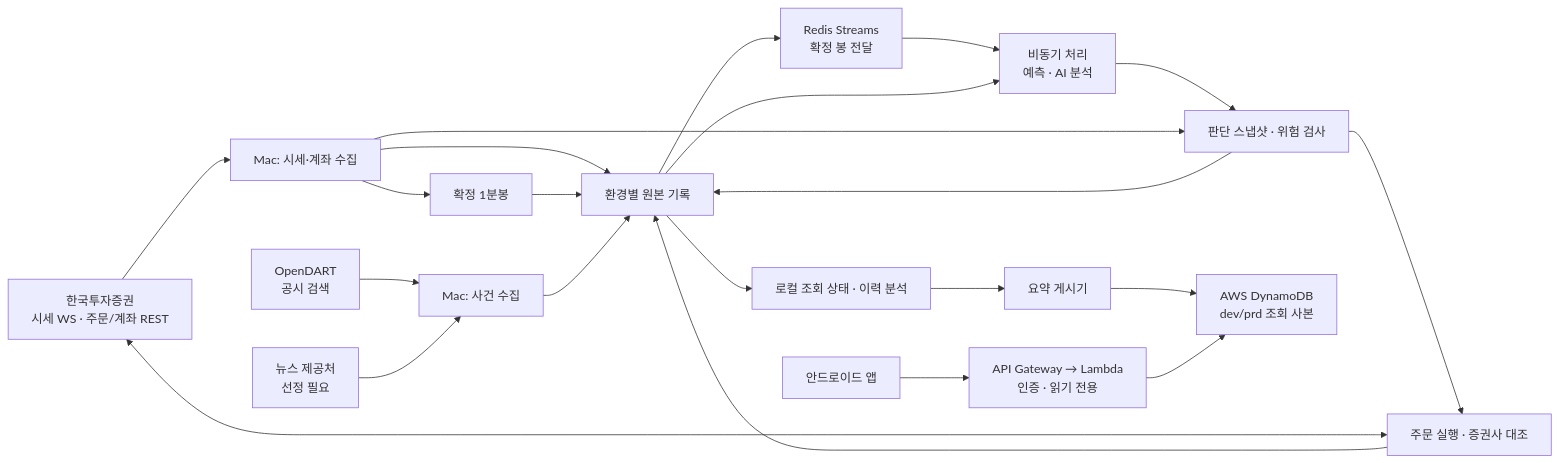
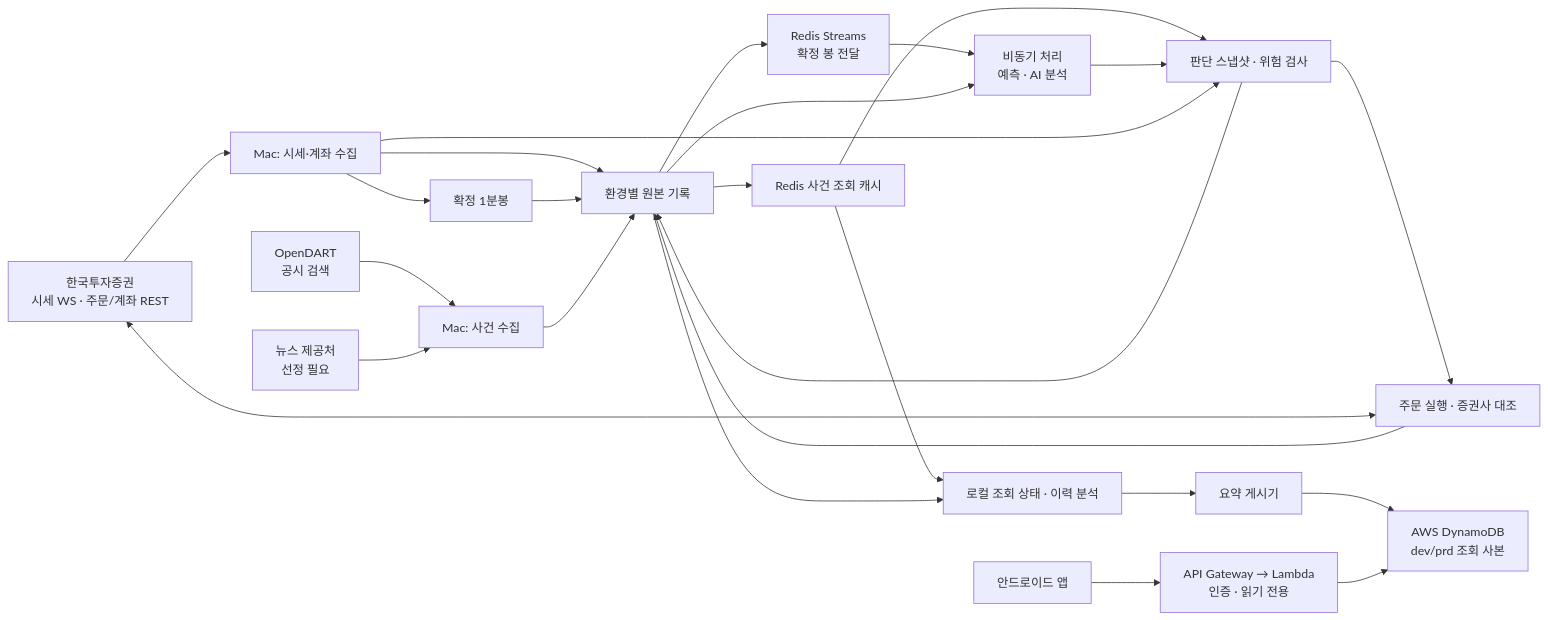
One commit to ShinYEB/Auto-helm changed the first of 3 diagrams in docs/hld/HLD.md. Above: the diagram before and after it, drawn with Mermaid. The commit also changed other lines of this file and 2 other files, not shown here.

Commit message:
Design Redis event query cache

````diff
--- a/docs/hld/HLD.md
+++ b/docs/hld/HLD.md
@@ -21,24 +21,27 @@
 ```mermaid
 flowchart LR
     KIS["한국투자증권<br/>시세 WS · 주문/계좌 REST"] --> ING["Mac: 시세·계좌 수집"]
     DART["OpenDART<br/>공시 검색"] --> EVT["Mac: 사건 수집"]
     NEWS["뉴스 제공처<br/>선정 필요"] --> EVT
     ING --> JOURNAL["환경별 원본 기록"]
     ING --> BAR["확정 1분봉"]
     BAR --> JOURNAL
     JOURNAL --> REDIS["Redis Streams<br/>확정 봉 전달"]
     REDIS --> WORK["비동기 처리<br/>예측 · AI 분석"]
+    JOURNAL --> ECACHE["Redis 사건 조회 캐시"]
+    ECACHE --> DEC
+    ECACHE --> PROJ
     EVT --> JOURNAL
     JOURNAL --> WORK
     WORK --> DEC["판단 스냅샷 · 위험 검사"]
     ING --> DEC
     DEC --> ORD["주문 실행 · 증권사 대조"]
     ORD <--> KIS
     DEC --> JOURNAL
     ORD --> JOURNAL
     JOURNAL --> PROJ["로컬 조회 상태 · 이력 분석"]
     PROJ --> PUB["요약 게시기"]
     PUB --> DDB["AWS DynamoDB<br/>dev/prd 조회 사본"]
     APP["안드로이드 앱"] --> API["API Gateway → Lambda<br/>인증 · 읽기 전용"]
     API --> DDB
 ```
````
